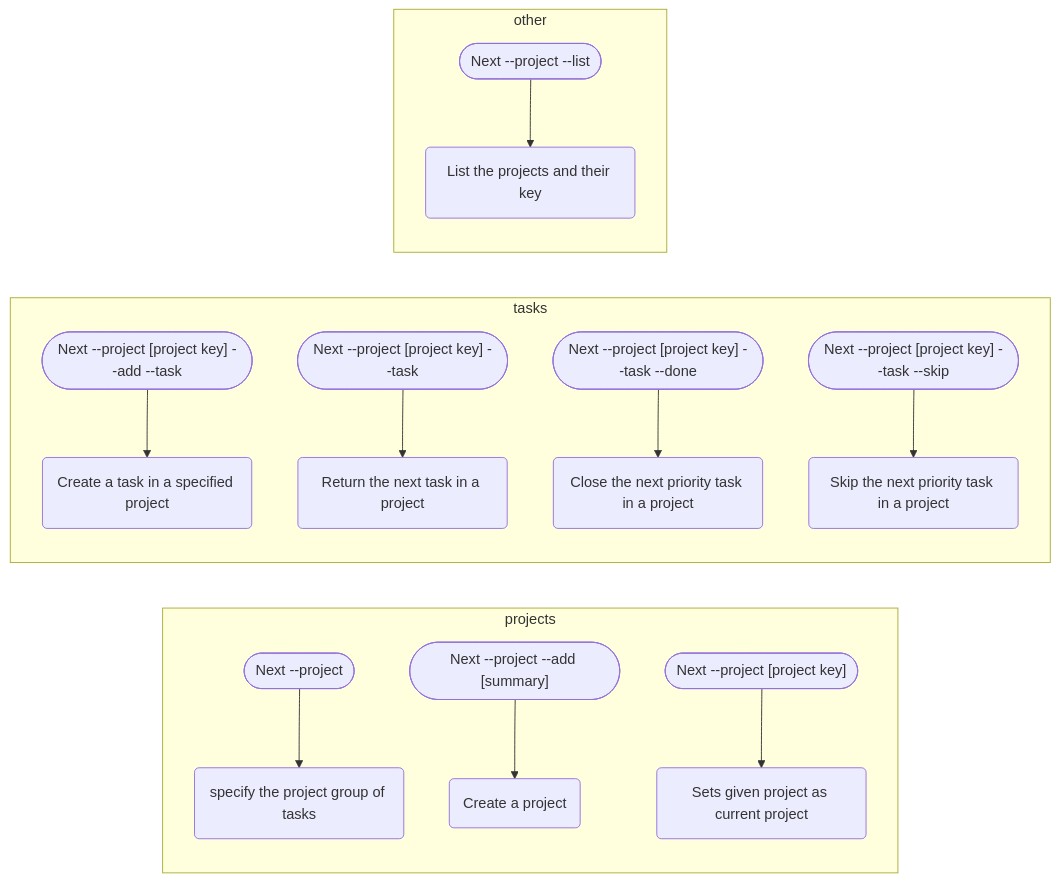
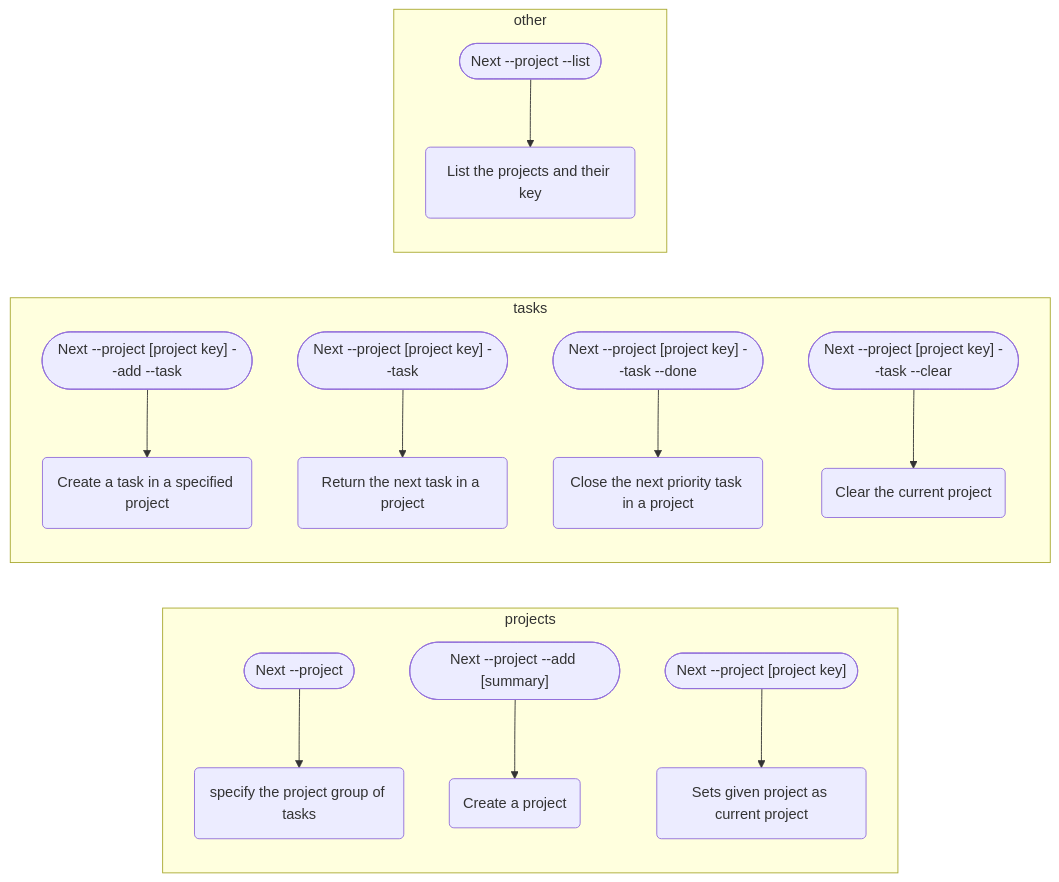
The diagram in docs/projects.md (MakeJames/Next-Task), drawn with Mermaid before and after one commit.

Commit message:
DOCS: add projects documentation

````diff
--- a/docs/projects.md
+++ b/docs/projects.md
@@ -26,18 +26,18 @@
 ```mermaid
 %%{ init: {"logLevel": 1, "theme": "dark", "flowchart": {"defaultRenderer": "dagre-wrapper}} }%%
 graph LR
     subgraph projects
     1(["Next --project"]) --> B(specify the project group of tasks)
     2(["Next --project --add [summary]"]) --> C(Create a project)
     8(["Next --project [project key]"]) --> I(Sets given project as current project) 
     end
     subgraph tasks
     3(["Next --project [project key] --add --task"]) --> D(Create a task in a specified project)
     4(["Next --project [project key] --task"]) --> E(Return the next task in a project)
     5(["Next --project [project key] --task --done"]) --> F(Close the next priority task in a project)
-    6(["Next --project [project key] --task --skip"]) --> G(Skip the next priority task in a project)
+    6(["Next --project [project key] --task --clear"]) --> G(Clear the current project)
     end
     subgraph other
     7(["Next --project --list"]) --> H(List the projects and their key)
     end
 ```
````
